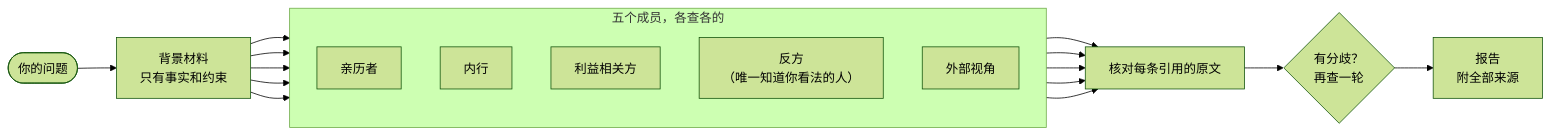
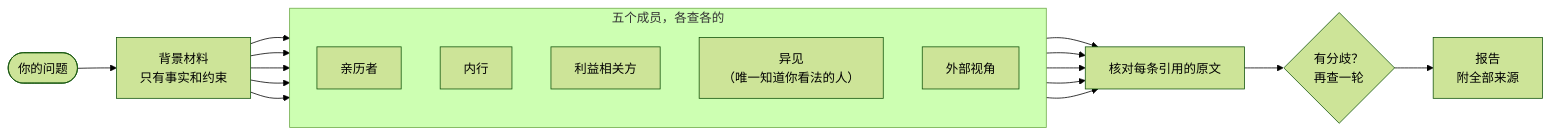
Before and after one commit to xhyumiracle/family-skill: the diagram in README.zh-CN.md, drawn with Mermaid (forest theme). The commit also changed other lines of this file and 6 other files, not shown here.

````diff
--- a/README.zh-CN.md
+++ b/README.zh-CN.md
@@ -72,16 +72,16 @@
 ```mermaid
 flowchart LR
   Q([你的问题]) --> B["背景材料<br/>只有事实和约束"]
   subgraph crew ["五个成员，各查各的"]
     direction TB
     S1["亲历者"]
     S2["内行"]
     S3["利益相关方"]
-    S4["反方<br/>（唯一知道你看法的人）"]
+    S4["异见<br/>（唯一知道你看法的人）"]
     S5["外部视角"]
   end
   B --> S1 & S2 & S3 & S4 & S5
   S1 & S2 & S3 & S4 & S5 --> V["核对每条引用的原文"]
   V --> E{"有分歧？<br/>再查一轮"}
   E --> R["报告<br/>附全部来源"]
 ```
````
